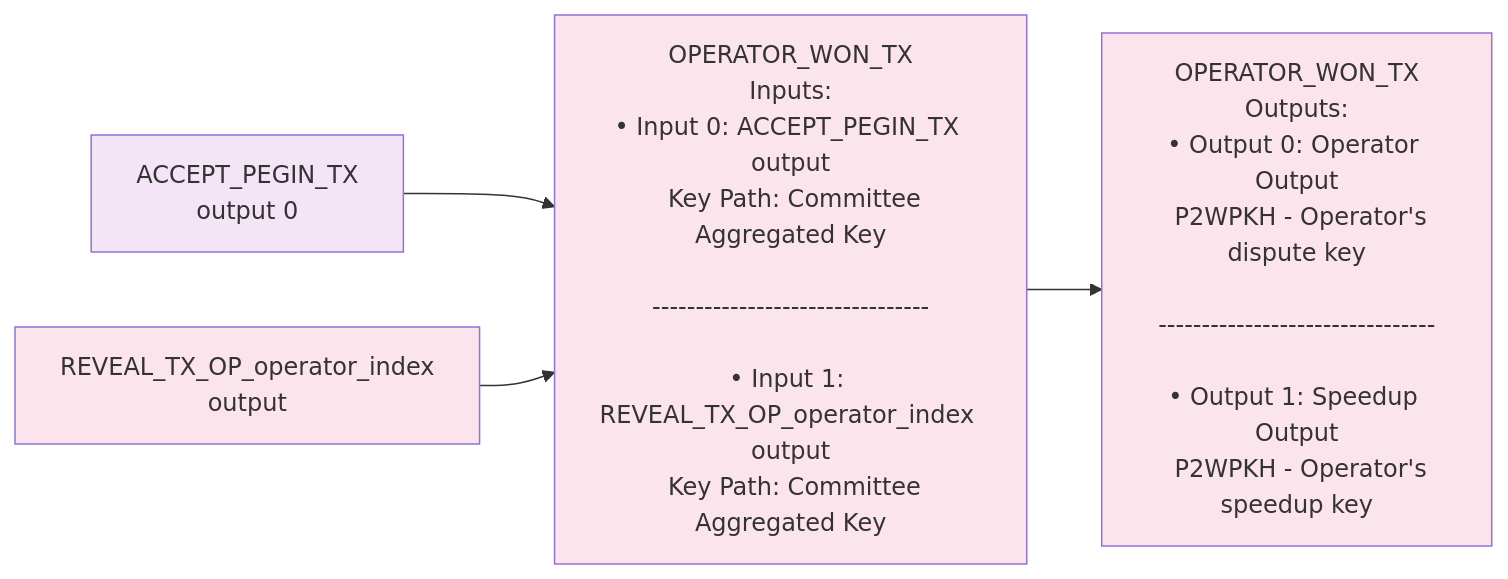
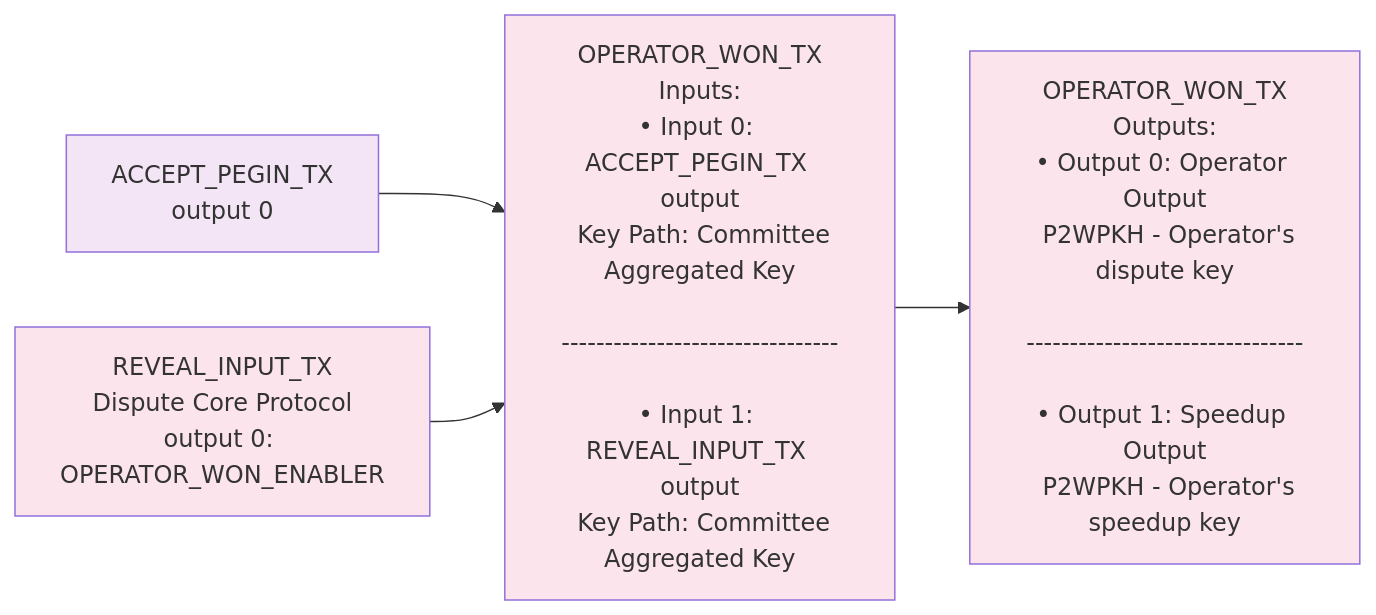
Before and after one commit to rsksmart/union-bridge-contracts: the tenth of 14 diagrams in bitcoin-transactions.md, drawn with Mermaid. The commit also changed other lines of this file and 1 other file, not shown here.

````diff
--- a/bitcoin-transactions.md
+++ b/bitcoin-transactions.md
@@ -463,11 +528,11 @@
 ```mermaid
 graph LR
-    A[ACCEPT_PEGIN_TX<br/>output 0] --> B[OPERATOR_WON_TX<br/>Inputs:<br/>• Input 0: ACCEPT_PEGIN_TX output<br/>  Key Path: Committee Aggregated Key<br/><br/>--------------------------------<br/><br/>• Input 1: REVEAL_TX_OP_operator_index output<br/>  Key Path: Committee Aggregated Key]
-    C[REVEAL_TX_OP_operator_index<br/>output] --> B
+    A[ACCEPT_PEGIN_TX<br/>output 0] --> B[OPERATOR_WON_TX<br/>Inputs:<br/>• Input 0: ACCEPT_PEGIN_TX output<br/>  Key Path: Committee Aggregated Key<br/><br/>--------------------------------<br/><br/>• Input 1: REVEAL_INPUT_TX output<br/>  Key Path: Committee Aggregated Key]
+    C[REVEAL_INPUT_TX<br/>Dispute Core Protocol<br/>output 0: OPERATOR_WON_ENABLER] --> B
     B --> D[OPERATOR_WON_TX<br/>Outputs:<br/>• Output 0: Operator Output<br/>  P2WPKH - Operator's dispute key<br/><br/>--------------------------------<br/><br/>• Output 1: Speedup Output<br/>  P2WPKH - Operator's speedup key]
     
     style A fill:#f3e5f5
     style B fill:#fce4ec
     style C fill:#fce4ec
     style D fill:#fce4ec
 ```
````
